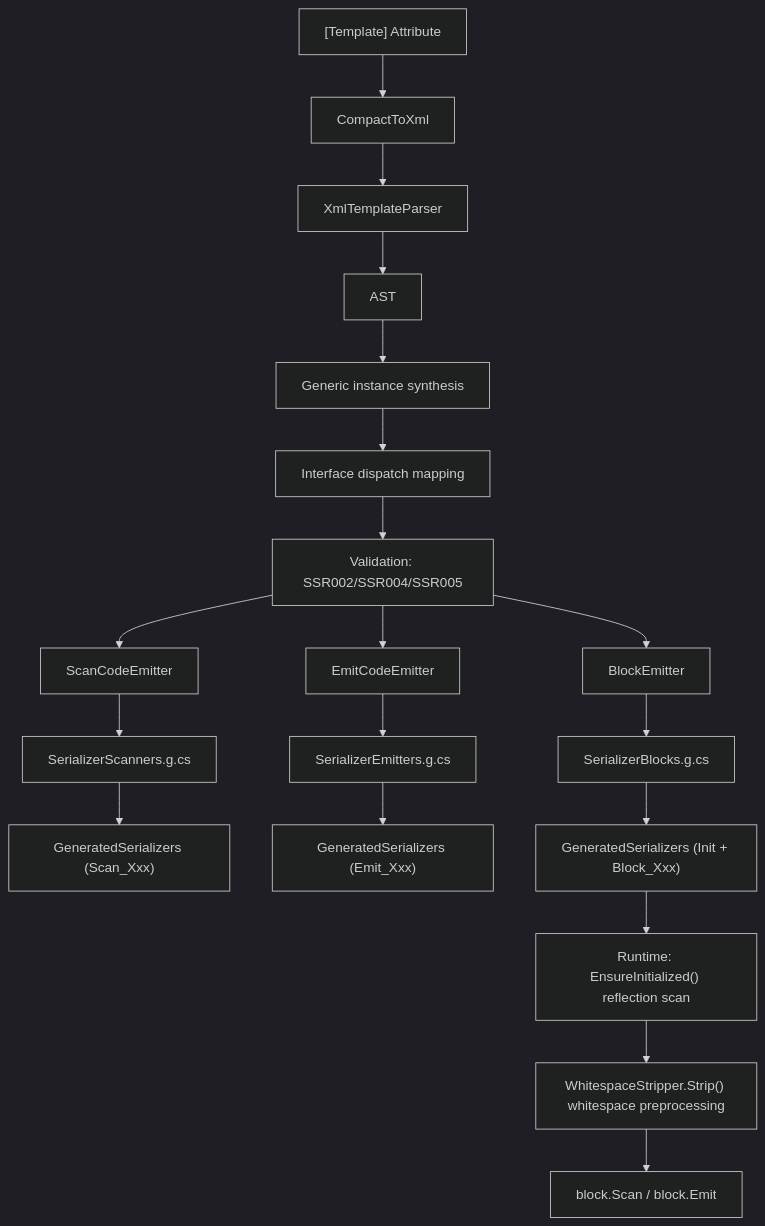
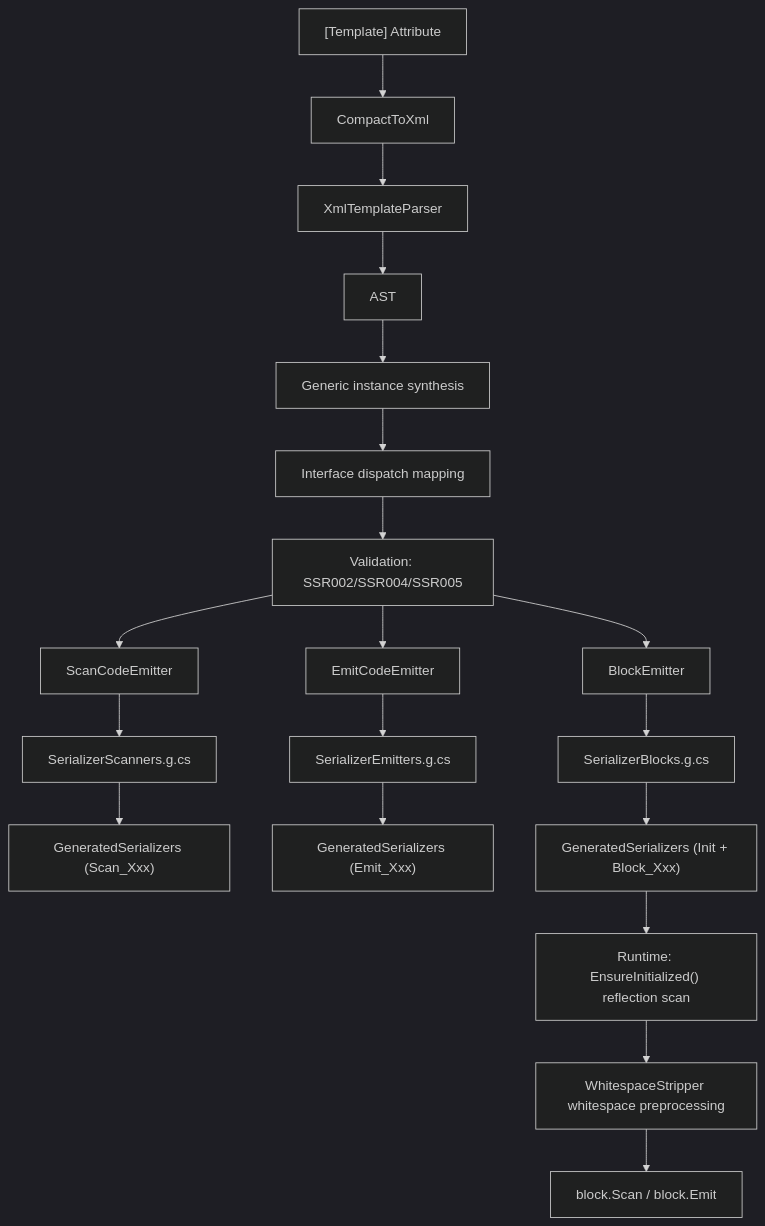
Before and after one commit to twds0x13/SourceSerializer: the diagram in docs/en/technical/pipeline/overview.md, drawn with Mermaid (dark theme). The commit also changed other lines of this file and 26 other files, not shown here.

First line of the commit message:
refactor: replace WhitespaceStripper.Strip with ref struct + native memory

````diff
--- a/docs/en/technical/pipeline/overview.md
+++ b/docs/en/technical/pipeline/overview.md
@@ -7,21 +7,21 @@
 ```mermaid
 flowchart TD
     A["[Template] Attribute"] --> B[CompactToXml]
     B --> C[XmlTemplateParser]
     C --> D[AST]
     D --> F[Generic instance synthesis]
     F --> G[Interface dispatch mapping]
     G --> H[Validation: SSR002/SSR004/SSR005]
     H --> I[ScanCodeEmitter]
     H --> J[EmitCodeEmitter]
     H --> K[BlockEmitter]
     I --> L[SerializerScanners.g.cs]
     J --> M[SerializerEmitters.g.cs]
     K --> N[SerializerBlocks.g.cs]
     L --> O["GeneratedSerializers (Scan_Xxx)"]
     M --> P["GeneratedSerializers (Emit_Xxx)"]
     N --> Q["GeneratedSerializers (Init + Block_Xxx)"]
     Q --> R["Runtime: EnsureInitialized() reflection scan"]
-    R --> S["WhitespaceStripper.Strip() whitespace preprocessing"]
+    R --> S["WhitespaceStripper whitespace preprocessing"]
     S --> T["block.Scan / block.Emit"]
 ```
````
